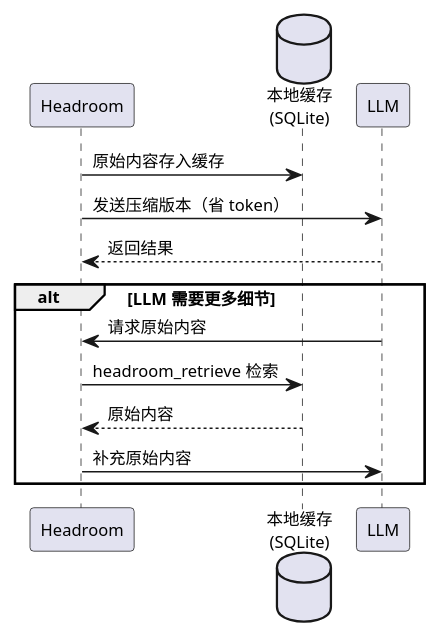
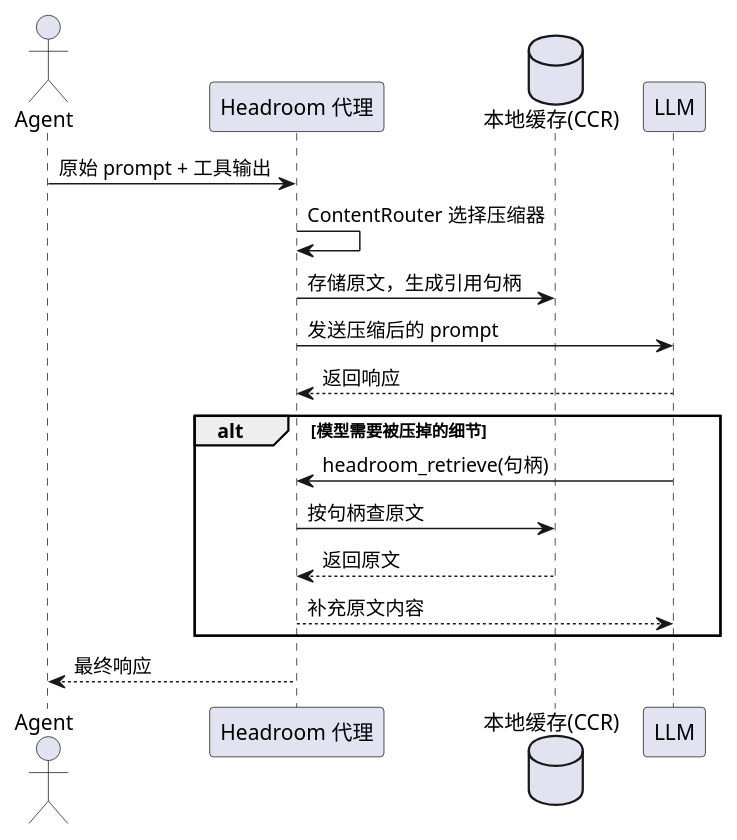
Before and after one commit to Martinsuper/mountain-of-book: the second of 3 diagrams in src/content/posts/headroom-guide.md, drawn with PlantUML. The commit also changed other lines of this file and 1 other file, not shown here.

Commit message:
feat: 重写 Headroom 文章为架构拆解版 + 新增并发扣款超扣排查文章

````diff
--- a/src/content/posts/headroom-guide.md
+++ b/src/content/posts/headroom-guide.md
@@ -277,20 +174,22 @@
 ```plantuml
 @startuml
 skinparam backgroundColor transparent
-skinparam defaultFontSize 11
-
-participant "Headroom" as h
-database "本地缓存\n(SQLite)" as db
+actor "Agent" as agent
+participant "Headroom 代理" as proxy
+database "本地缓存(CCR)" as cache
 participant "LLM" as llm
 
-h -> db: 原始内容存入缓存
-h -> llm: 发送压缩版本（省 token）
-llm --> h: 返回结果
-alt LLM 需要更多细节
-  llm -> h: 请求原始内容
-  h -> db: headroom_retrieve 检索
-  db --> h: 原始内容
-  h -> llm: 补充原始内容
+agent -> proxy : 原始 prompt + 工具输出
+proxy -> proxy : ContentRouter 选择压缩器
+proxy -> cache : 存储原文，生成引用句柄
+proxy -> llm : 发送压缩后的 prompt
+llm --> proxy : 返回响应
+alt 模型需要被压掉的细节
+  llm -> proxy : headroom_retrieve(句柄)
+  proxy -> cache : 按句柄查原文
+  cache --> proxy : 返回原文
+  proxy --> llm : 补充原文内容
 end
+proxy --> agent : 最终响应
 @enduml
 ```
````
